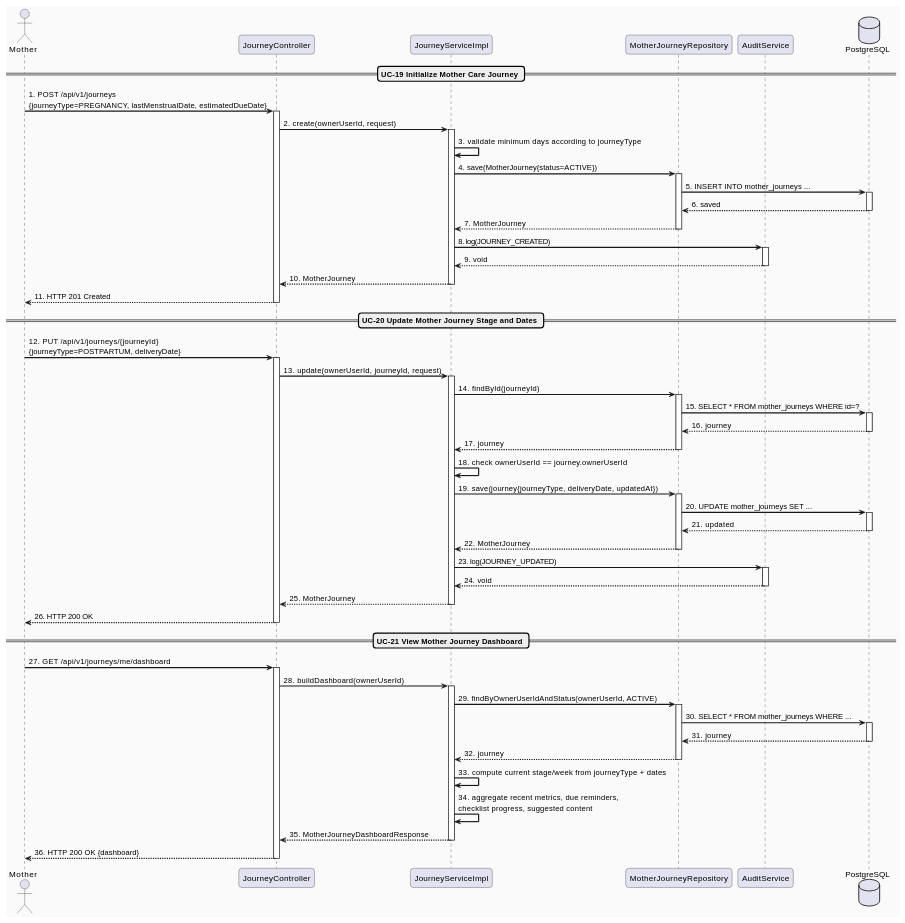
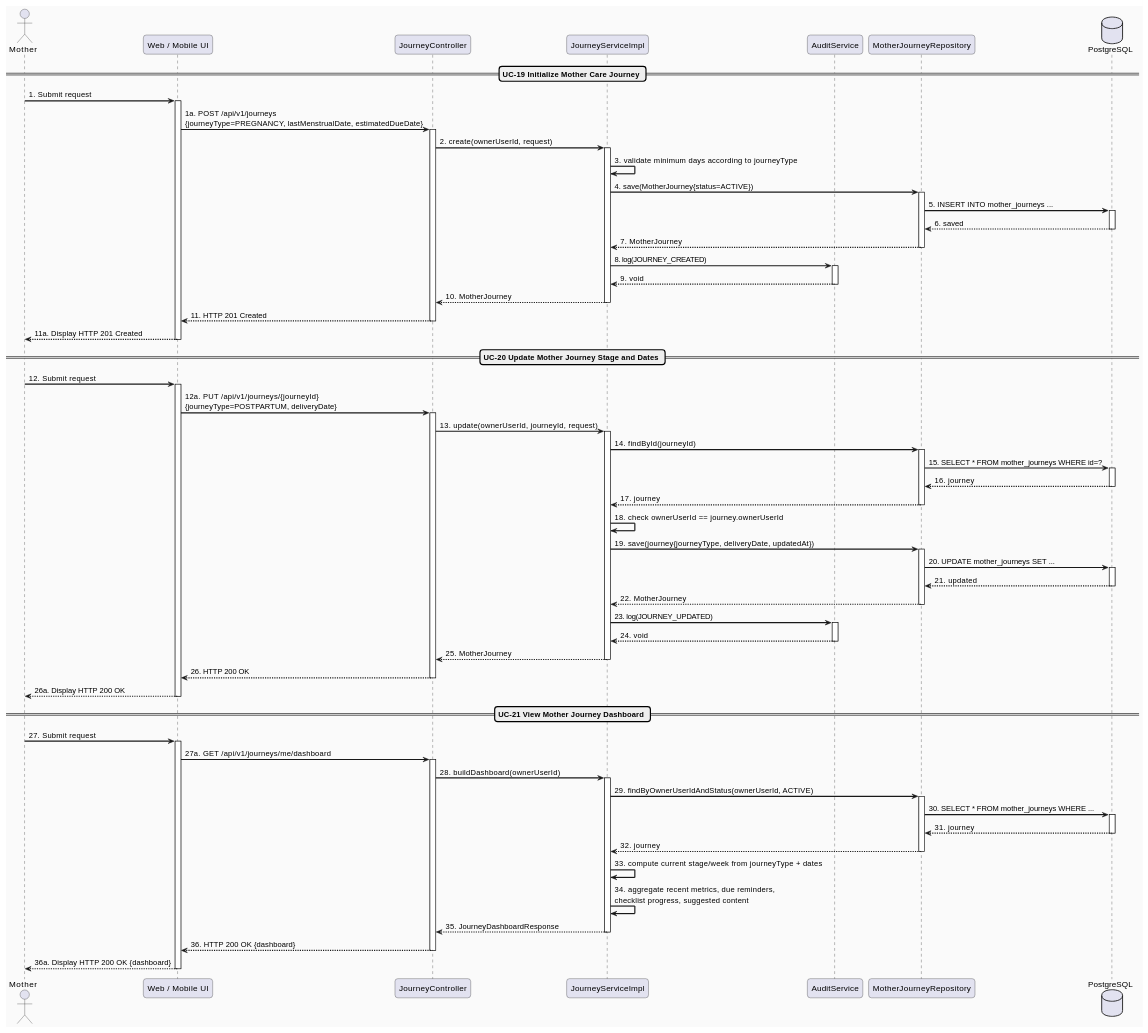
Before and after one commit to ChuongBDHE172784/CareBridge_SEP490_G79: the second of 2 diagrams in docs/Detailed_Design/MF02_Mother_Care_Journey/01_Mother_Journey_Lifecycle_Dashboard.md, drawn with PlantUML. The commit also changed other lines of this file and 97 other files, not shown here.

Commit message:
docs: update detailed design documentation with new diagrams and restructured module files.

````diff
--- a/docs/Detailed_Design/MF02_Mother_Care_Journey/01_Mother_Journey_Lifecycle_Dashboard.md
+++ b/docs/Detailed_Design/MF02_Mother_Care_Journey/01_Mother_Journey_Lifecycle_Dashboard.md
@@ -128,14 +127,17 @@
 skinparam backgroundColor #FAFAFA
 
 actor "Mother" as M
+participant "Web / Mobile UI" as UI
 participant "JourneyController" as Controller
 participant "JourneyServiceImpl" as Service
+participant "AuditService" as Audit
 participant "MotherJourneyRepository" as Repo
-participant "AuditService" as Audit
 database "PostgreSQL" as DB
 
 == UC-19 Initialize Mother Care Journey ==
-M -> Controller : 1. POST /api/v1/journeys\n{journeyType=PREGNANCY, lastMenstrualDate, estimatedDueDate}
+M -> UI : 1. Submit request
+activate UI
+UI -> Controller : 1a. POST /api/v1/journeys\n{journeyType=PREGNANCY, lastMenstrualDate, estimatedDueDate}
 activate Controller
 Controller -> Service : 2. create(ownerUserId, request)
 activate Service
@@ -154,11 +156,15 @@
 deactivate Audit
 Service --> Controller : 10. MotherJourney
 deactivate Service
-Controller --> M : 11. HTTP 201 Created
+Controller --> UI : 11. HTTP 201 Created
 deactivate Controller
+UI --> M : 11a. Display HTTP 201 Created
+deactivate UI
 
 == UC-20 Update Mother Journey Stage and Dates ==
-M -> Controller : 12. PUT /api/v1/journeys/{journeyId}\n{journeyType=POSTPARTUM, deliveryDate}
+M -> UI : 12. Submit request
+activate UI
+UI -> Controller : 12a. PUT /api/v1/journeys/{journeyId}\n{journeyType=POSTPARTUM, deliveryDate}
 activate Controller
 Controller -> Service : 13. update(ownerUserId, journeyId, request)
 activate Service
@@ -185,11 +191,15 @@
 deactivate Audit
 Service --> Controller : 25. MotherJourney
 deactivate Service
-Controller --> M : 26. HTTP 200 OK
+Controller --> UI : 26. HTTP 200 OK
 deactivate Controller
+UI --> M : 26a. Display HTTP 200 OK
+deactivate UI
 
 == UC-21 View Mother Journey Dashboard ==
-M -> Controller : 27. GET /api/v1/journeys/me/dashboard
+M -> UI : 27. Submit request
+activate UI
+UI -> Controller : 27a. GET /api/v1/journeys/me/dashboard
 activate Controller
 Controller -> Service : 28. buildDashboard(ownerUserId)
 activate Service
@@ -203,10 +213,12 @@
 deactivate Repo
 Service -> Service : 33. compute current stage/week from journeyType + dates
 Service -> Service : 34. aggregate recent metrics, due reminders,\nchecklist progress, suggested content
-Service --> Controller : 35. MotherJourneyDashboardResponse
+Service --> Controller : 35. JourneyDashboardResponse
 deactivate Service
-Controller --> M : 36. HTTP 200 OK {dashboard}
+Controller --> UI : 36. HTTP 200 OK {dashboard}
 deactivate Controller
+UI --> M : 36a. Display HTTP 200 OK {dashboard}
+deactivate UI
 
 @enduml
 ```
````
